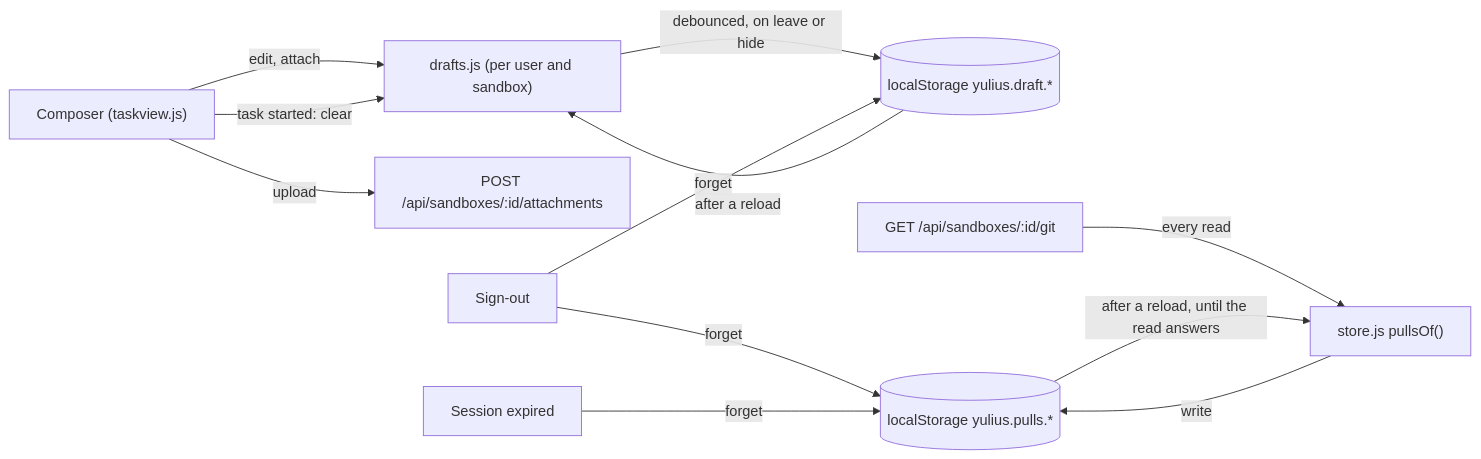
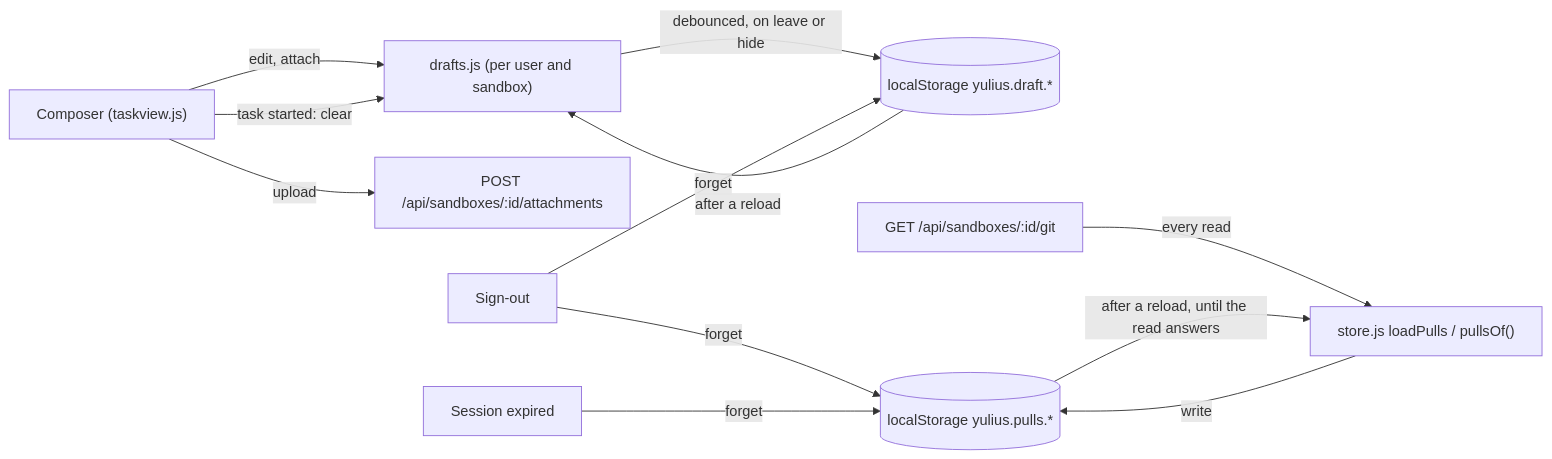
Diagram 13 of 17 in docs/architecture.md (Quartio-Studio/yulius), drawn with Mermaid before and after one commit. The commit also changed other lines of this file and 6 other files, not shown here.

First line of the commit message:
fix(web): a failed first read or an expiry at load drops remembered pull requests (#414)

````diff
--- a/docs/architecture.md
+++ b/docs/architecture.md
@@ -412,14 +413,14 @@
 ```mermaid
 flowchart LR
   C["Composer (taskview.js)"] -->|"edit, attach"| D["drafts.js (per user and sandbox)"]
   C -->|"upload"| U["POST /api/sandboxes/:id/attachments"]
   D -->|"debounced, on leave or hide"| LS[("localStorage yulius.draft.*")]
   LS -->|"after a reload"| D
   C -->|"task started: clear"| D
   SO["Sign-out"] -->|"forget"| LS
-  G["GET /api/sandboxes/:id/git"] -->|"every read"| P["store.js pullsOf()"]
+  G["GET /api/sandboxes/:id/git"] -->|"every read"| P["store.js loadPulls / pullsOf()"]
   P -->|"write"| LP[("localStorage yulius.pulls.*")]
   LP -->|"after a reload, until the read answers"| P
   SO -->|"forget"| LP
   EX["Session expired"] -->|"forget"| LP
 ```
````
